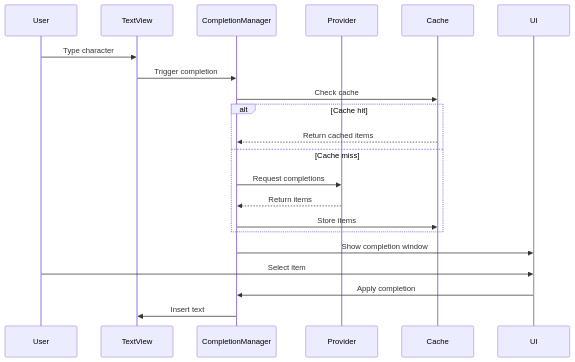
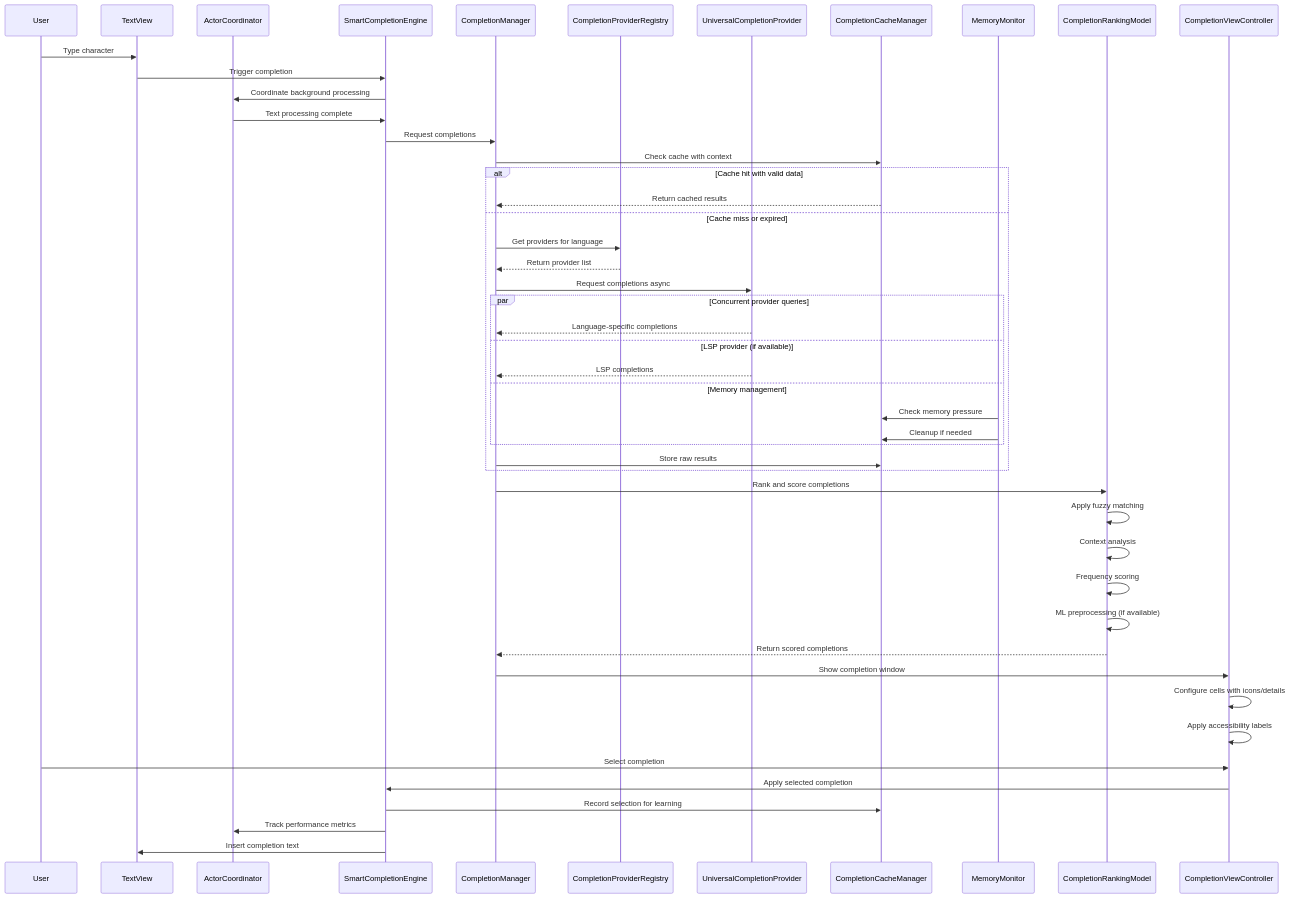
Before and after one commit to ajmcclary/CodeEditorKit: the second of 4 diagrams in Diagrams/07-completion-system-architecture.md, drawn with Mermaid. The commit also changed other lines of this file and 29 other files, not shown here.

First line of the commit message:
Enhance architecture documentation and add debugging integration

````diff
--- a/Diagrams/07-completion-system-architecture.md
+++ b/Diagrams/07-completion-system-architecture.md
@@ -214,26 +425,58 @@
 ```mermaid
 sequenceDiagram
     participant User
     participant TextView
+    participant ActorCoordinator
+    participant SmartEngine as SmartCompletionEngine
     participant CompletionManager
-    participant Provider
-    participant Cache
-    participant UI
+    participant Registry as CompletionProviderRegistry
+    participant Provider as UniversalCompletionProvider
+    participant Cache as CompletionCacheManager
+    participant Memory as MemoryMonitor
+    participant Ranking as CompletionRankingModel
+    participant UI as CompletionViewController
 
     User->>TextView: Type character
-    TextView->>CompletionManager: Trigger completion
-    CompletionManager->>Cache: Check cache
+    TextView->>SmartEngine: Trigger completion
+    SmartEngine->>ActorCoordinator: Coordinate background processing
+    ActorCoordinator->>SmartEngine: Text processing complete
     
-    alt Cache hit
-        Cache-->>CompletionManager: Return cached items
-    else Cache miss
-        CompletionManager->>Provider: Request completions
-        Provider-->>CompletionManager: Return items
-        CompletionManager->>Cache: Store items
+    SmartEngine->>CompletionManager: Request completions
+    CompletionManager->>Cache: Check cache with context
+    
+    alt Cache hit with valid data
+        Cache-->>CompletionManager: Return cached results
+    else Cache miss or expired
+        CompletionManager->>Registry: Get providers for language
+        Registry-->>CompletionManager: Return provider list
+        CompletionManager->>Provider: Request completions async
+        
+        par Concurrent provider queries
+            Provider-->>CompletionManager: Language-specific completions
+        and LSP provider (if available)
+            Provider-->>CompletionManager: LSP completions
+        and Memory management
+            Memory->>Cache: Check memory pressure
+            Memory->>Cache: Cleanup if needed
+        end
+        
+        CompletionManager->>Cache: Store raw results
     end
     
+    CompletionManager->>Ranking: Rank and score completions
+    Ranking->>Ranking: Apply fuzzy matching
+    Ranking->>Ranking: Context analysis
+    Ranking->>Ranking: Frequency scoring
+    Ranking->>Ranking: ML preprocessing (if available)
+    Ranking-->>CompletionManager: Return scored completions
+    
     CompletionManager->>UI: Show completion window
-    User->>UI: Select item
-    UI->>CompletionManager: Apply completion
-    CompletionManager->>TextView: Insert text
+    UI->>UI: Configure cells with icons/details
+    UI->>UI: Apply accessibility labels
+    
+    User->>UI: Select completion
+    UI->>SmartEngine: Apply selected completion
+    SmartEngine->>Cache: Record selection for learning
+    SmartEngine->>ActorCoordinator: Track performance metrics
+    SmartEngine->>TextView: Insert completion text
 ```
````
